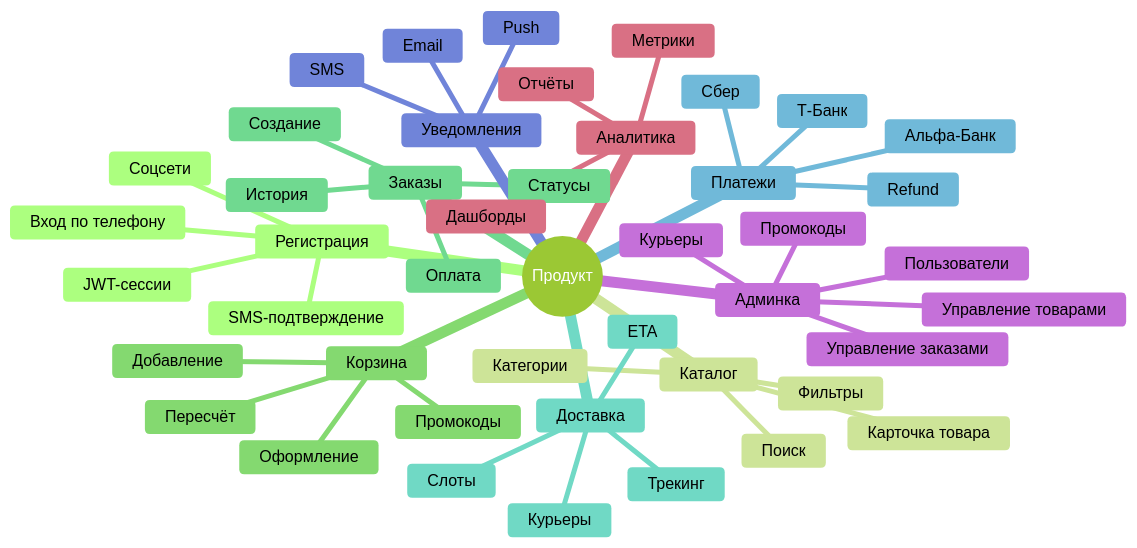
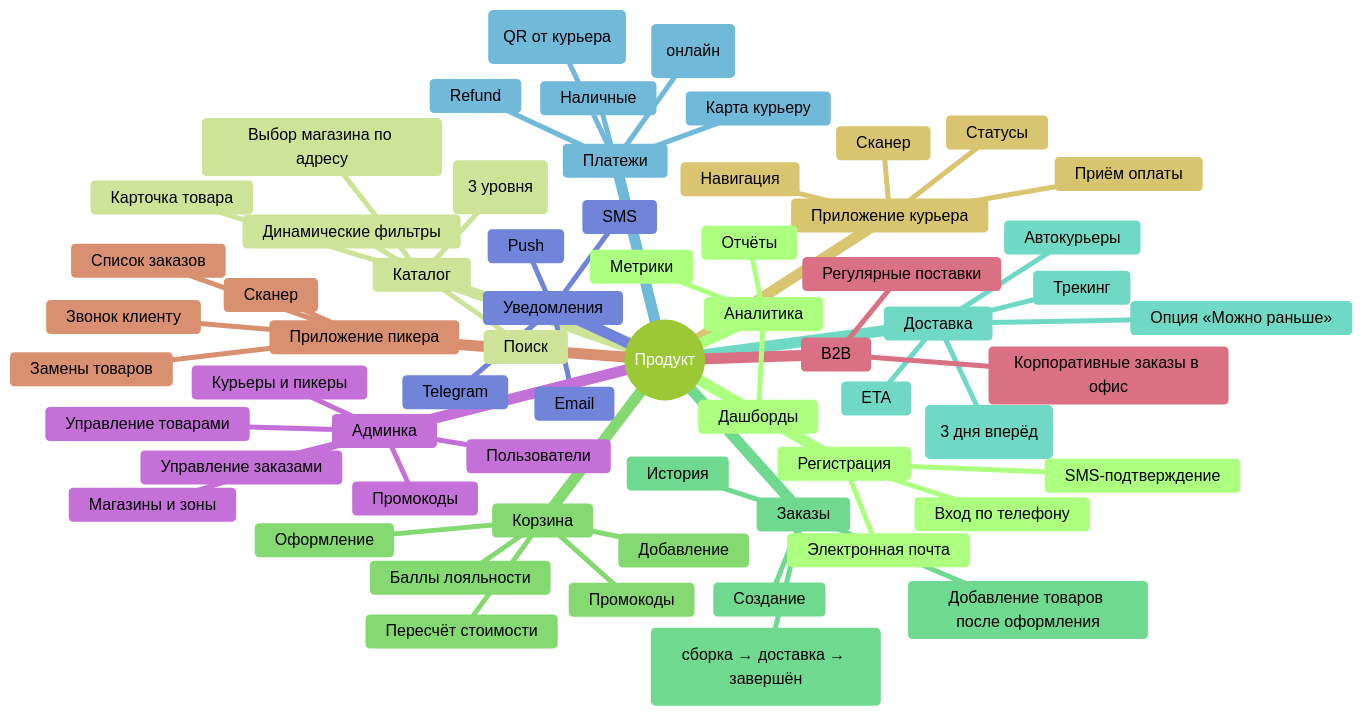
One commit to bestdeejay-design/srs-docs changed the second of 2 diagrams in ШАБЛОН_СПЕЦИФИКАЦИИ_ПРОДУКТА.md. Above: the diagram before and after it, drawn with Mermaid (forest theme). The commit also changed other lines of this file, not shown here.

````diff
--- a/ШАБЛОН_СПЕЦИФИКАЦИИ_ПРОДУКТА.md
+++ b/ШАБЛОН_СПЕЦИФИКАЦИИ_ПРОДУКТА.md
@@ -647,48 +701,66 @@
 ```mermaid
 mindmap
   root((Продукт))
     Регистрация
       Вход по телефону
       SMS-подтверждение
-      JWT-сессии
-      Соцсети
+      Электронная почта
     Каталог
-      Категории
+      Выбор магазина по адресу
+      Категории (3 уровня)
       Поиск
-      Фильтры
+      Динамические фильтры
       Карточка товара
     Корзина
       Добавление
       Промокоды
-      Пересчёт
+      Баллы лояльности
+      Пересчёт стоимости
       Оформление
     Заказы
       Создание
-      Оплата
-      Статусы
+      Статусы (сборка → доставка → завершён)
+      Добавление товаров после оформления
       История
     Доставка
-      Слоты
-      Курьеры
+      Временные слоты (3 дня вперёд)
+      Автокурьеры
       Трекинг
       ETA
+      Опция «Можно раньше»
     Платежи
-      Т-Банк
-      Альфа-Банк
-      Сбер
+      Т-Банк (онлайн)
+      СБП (QR от курьера)
+      Карта курьеру
+      Наличные
       Refund
     Уведомления
       Push
       SMS
       Email
+      Telegram
     Админка
       Управление заказами
       Управление товарами
       Пользователи
       Промокоды
-      Курьеры
+      Курьеры и пикеры
+      Магазины и зоны
+    B2B
+      Корпоративные заказы в офис
+      Регулярные поставки
+    Приложение пикера
+      Список заказов
+      Сканер
+      Замены товаров
+      Звонок клиенту
+    Приложение курьера
+      Навигация
+      Приём оплаты
+      Сканер
+      Статусы
     Аналитика
       Дашборды
       Отчёты
       Метрики
 ```
````
